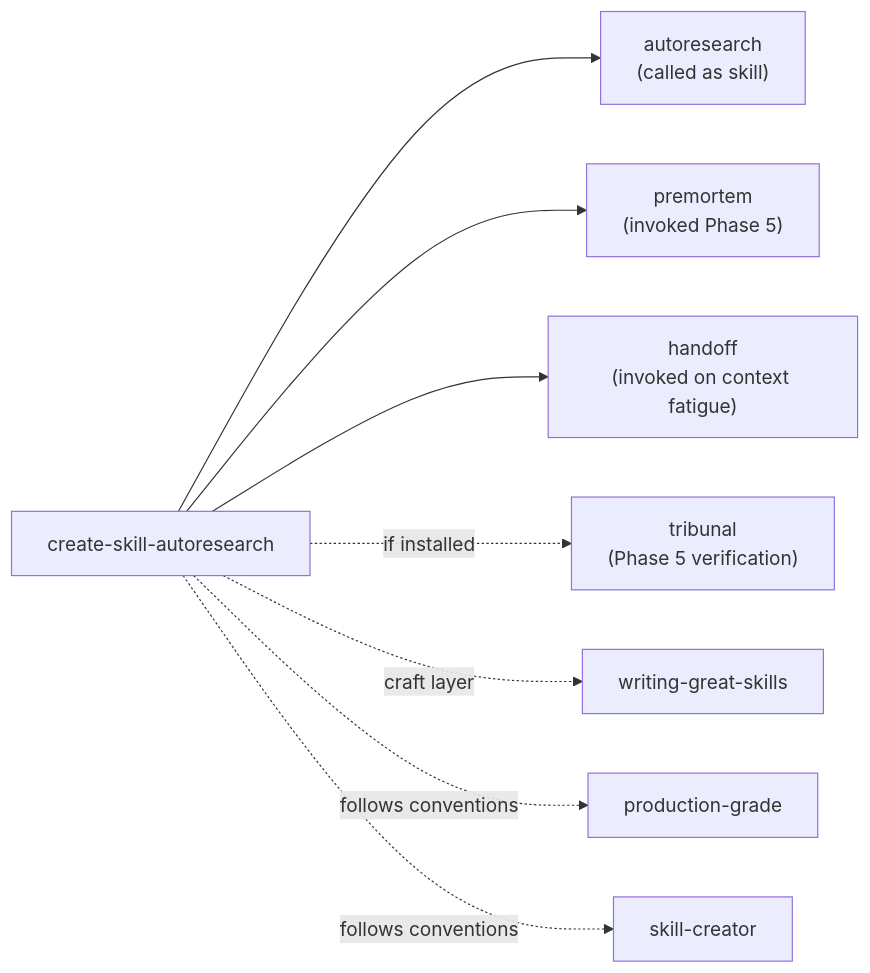
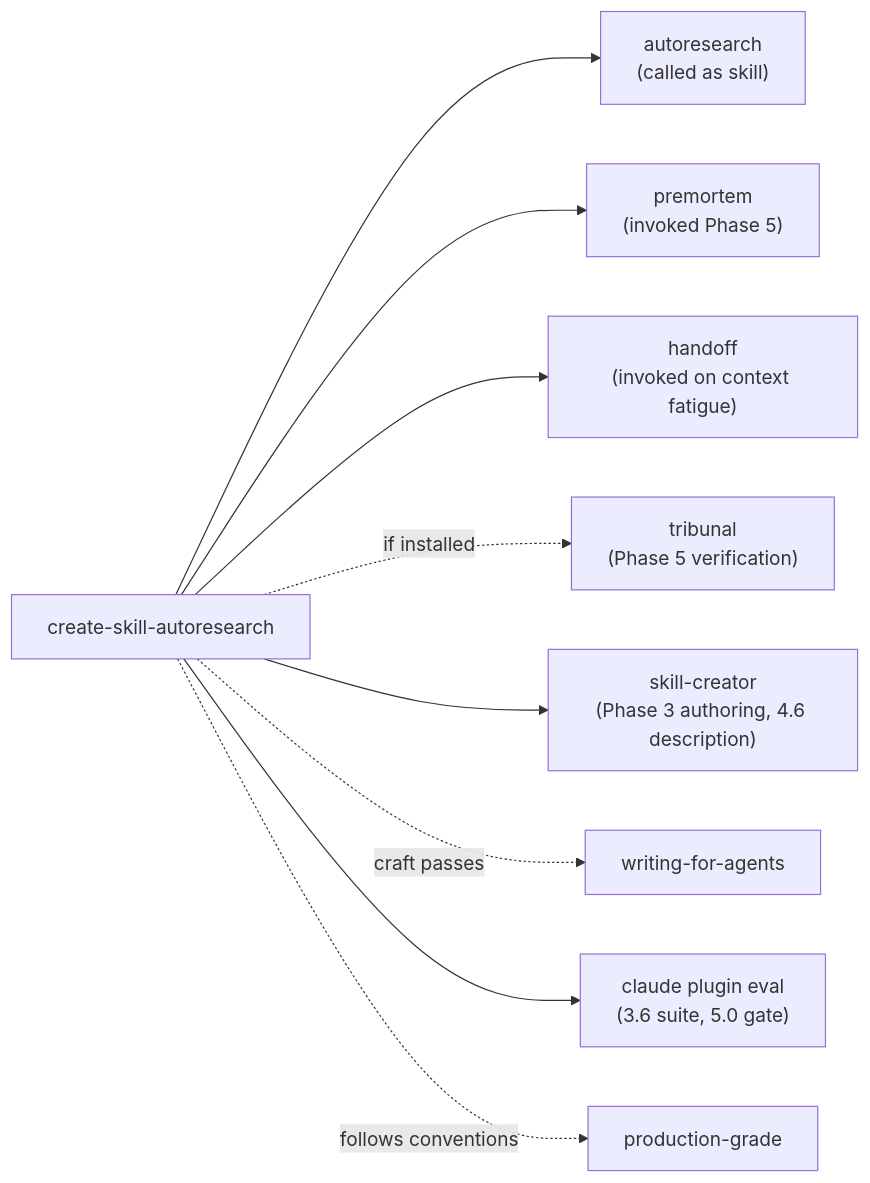
The fifth of 5 diagrams in docs/architecture.md (a-tokyo/agent-skills-harness), drawn with Mermaid before and after one commit. The commit also changed other lines of this file and 10 other files, not shown here.

Commit message:
docs: describe composed companions and the plugin eval phase

````diff
--- a/docs/architecture.md
+++ b/docs/architecture.md
@@ -157,10 +157,11 @@
 ```mermaid
 flowchart LR
   CSA["create-skill-autoresearch"] --> AR2["autoresearch<br/>(called as skill)"]
   CSA --> PM["premortem<br/>(invoked Phase 5)"]
   CSA --> HO["handoff<br/>(invoked on context fatigue)"]
   CSA -.->|"if installed"| TR["tribunal<br/>(Phase 5 verification)"]
-  CSA -.->|"craft layer"| WGS["writing-great-skills"]
+  CSA --> SC["skill-creator<br/>(Phase 3 authoring, 4.6 description)"]
+  CSA -.->|"craft passes"| WFA["writing-for-agents"]
+  CSA --> PE["claude plugin eval<br/>(3.6 suite, 5.0 gate)"]
   CSA -.->|"follows conventions"| PG["production-grade"]
-  CSA -.->|"follows conventions"| SC["skill-creator"]
 ```
````
